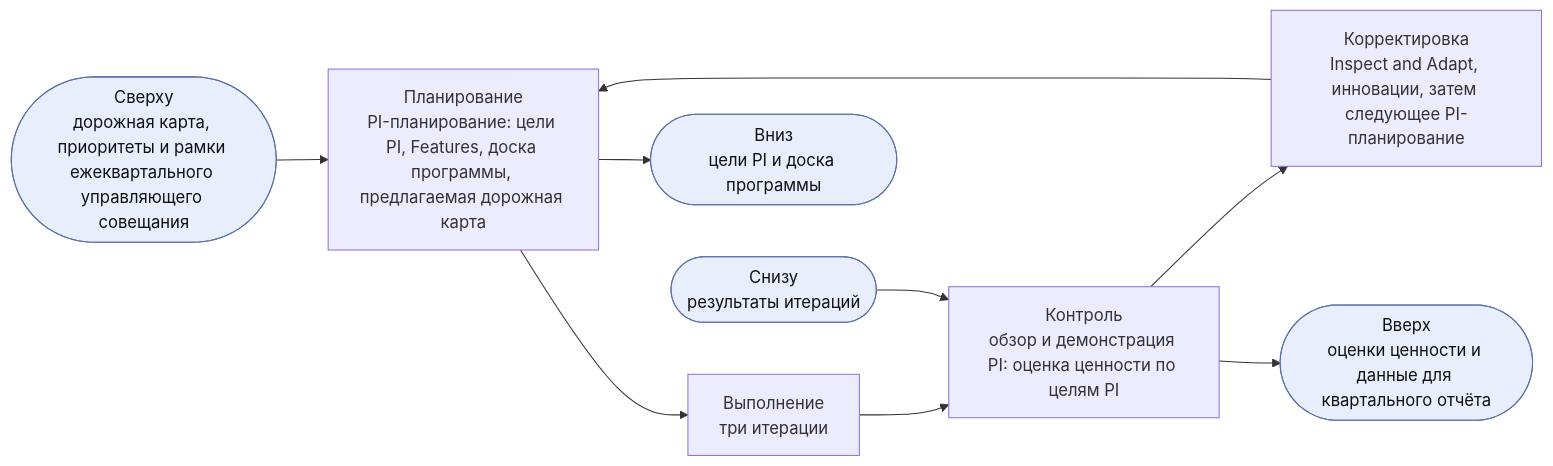
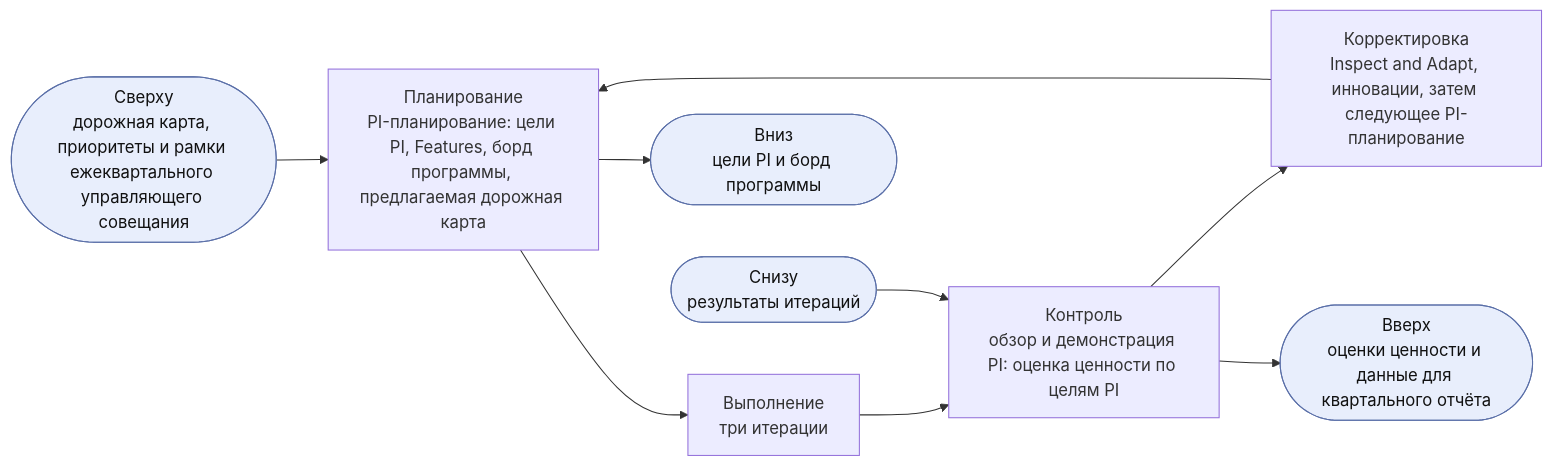
One commit to devhogu/ob-aicc changed the fifth of 13 diagrams in charter/ru/documents/solution-lifecycle-model.md. Above: the diagram before and after it, drawn with Mermaid. The commit also changed other lines of this file and 193 other files, not shown here.

````diff
--- a/charter/ru/documents/solution-lifecycle-model.md
+++ b/charter/ru/documents/solution-lifecycle-model.md
@@ -273,9 +273,9 @@
 ```mermaid
 flowchart LR
   IN(["Сверху<br/>дорожная карта, приоритеты и рамки ежеквартального управляющего совещания"]):::iface --> P
-  P["Планирование<br/>PI-планирование: цели PI, Features, доска программы, предлагаемая дорожная карта"] --> D["Выполнение<br/>три итерации"] --> C["Контроль<br/>обзор и демонстрация PI: оценка ценности по целям PI"] --> A["Корректировка<br/>Inspect and Adapt, инновации, затем следующее PI-планирование"] --> P
-  P --> OUT(["Вниз<br/>цели PI и доска программы"]):::iface
+  P["Планирование<br/>PI-планирование: цели PI, Features, борд программы, предлагаемая дорожная карта"] --> D["Выполнение<br/>три итерации"] --> C["Контроль<br/>обзор и демонстрация PI: оценка ценности по целям PI"] --> A["Корректировка<br/>Inspect and Adapt, инновации, затем следующее PI-планирование"] --> P
+  P --> OUT(["Вниз<br/>цели PI и борд программы"]):::iface
   EV(["Снизу<br/>результаты итераций"]):::iface --> C
   C --> UP(["Вверх<br/>оценки ценности и данные для квартального отчёта"]):::iface
   classDef iface fill:#e8eefc,stroke:#5a6fa8,color:#111
 ```
````
